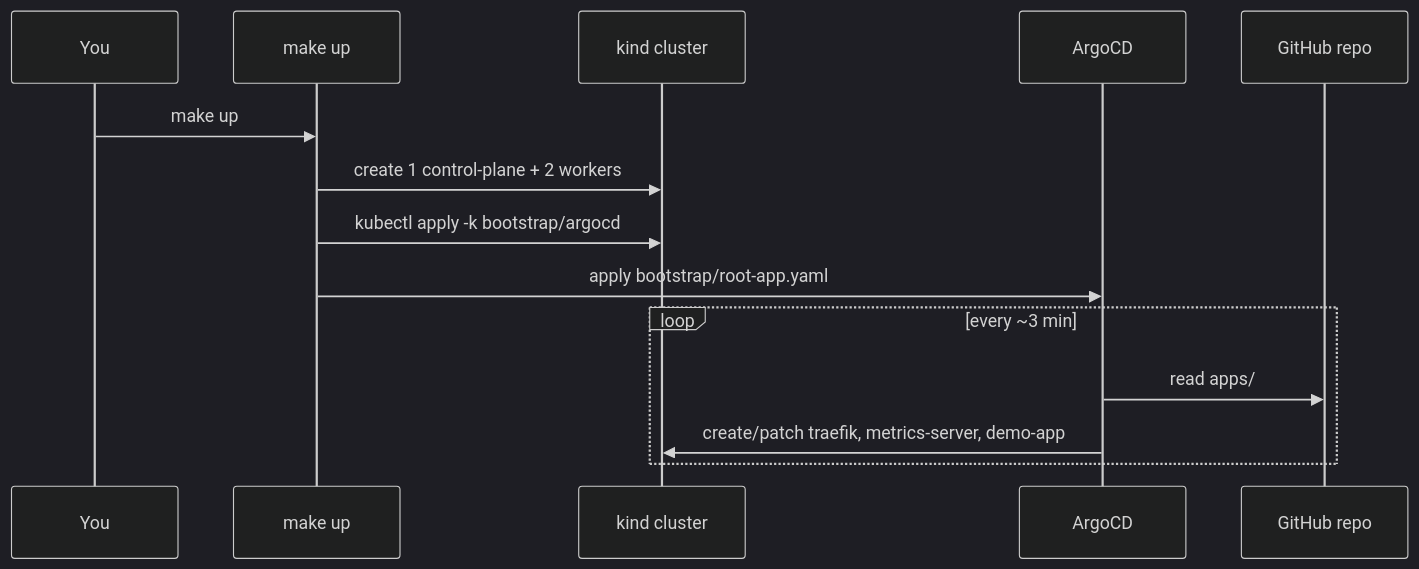
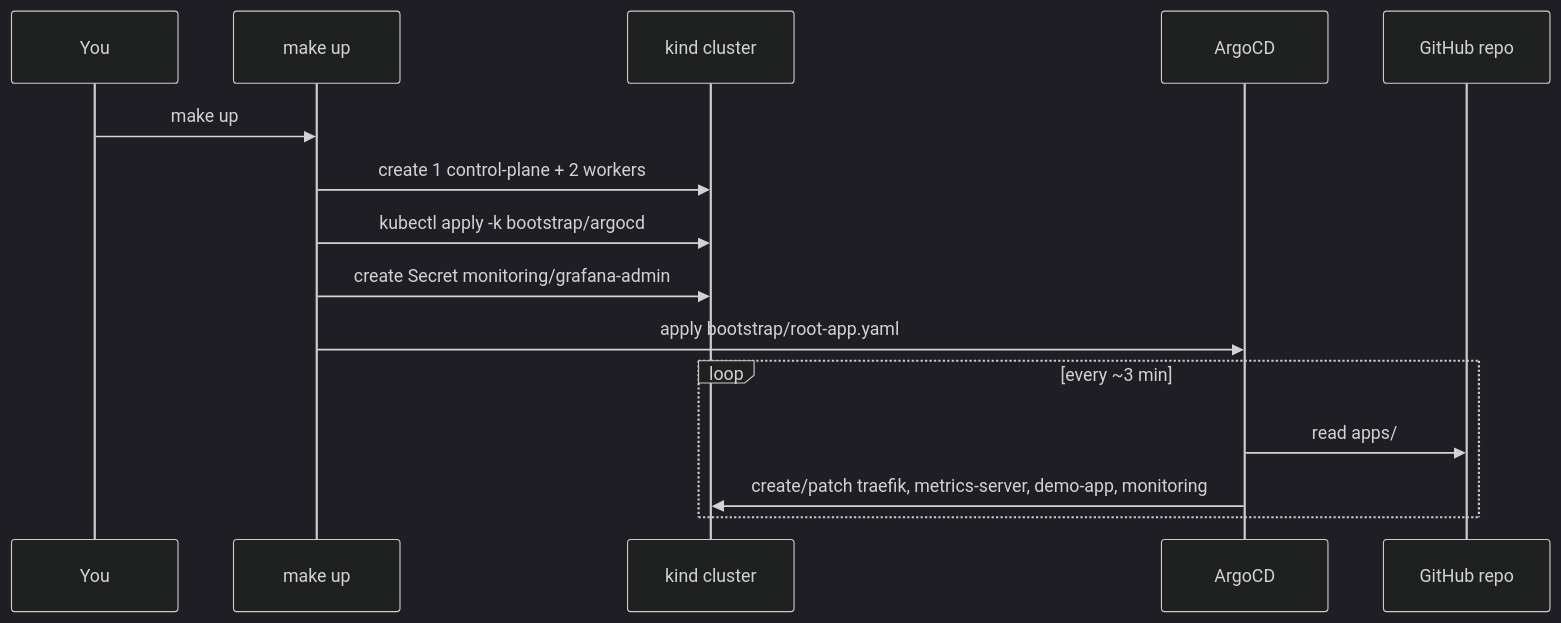
Before and after one commit to rafli2460/argocd-gitops-platform: the diagram in docs/operations.md, drawn with Mermaid (dark theme). The commit also changed other lines of this file and 3 other files, not shown here.

Commit message:
monitoring: add kube-prometheus-stack with Grafana at grafana.localtest.me

````diff
--- a/docs/operations.md
+++ b/docs/operations.md
@@ -9,16 +9,17 @@
 ```mermaid
 sequenceDiagram
   participant You
   participant Make as make up
   participant Kind as kind cluster
   participant Argo as ArgoCD
   participant GH as GitHub repo
   You->>Make: make up
   Make->>Kind: create 1 control-plane + 2 workers
   Make->>Kind: kubectl apply -k bootstrap/argocd
+  Make->>Kind: create Secret monitoring/grafana-admin
   Make->>Argo: apply bootstrap/root-app.yaml
   loop every ~3 min
     Argo->>GH: read apps/
-    Argo->>Kind: create/patch traefik, metrics-server, demo-app
+    Argo->>Kind: create/patch traefik, metrics-server, demo-app, monitoring
   end
 ```
````
